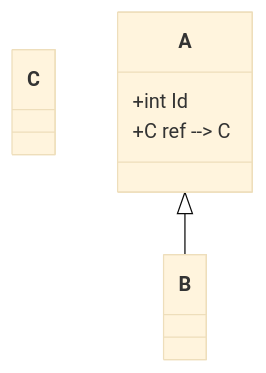
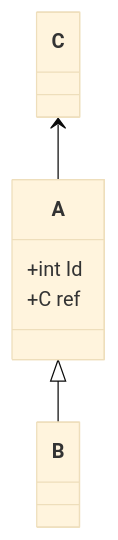
The diagram in README.md (M5alil/mermaid), drawn with Mermaid (base theme) before and after one commit.

````diff
--- a/README.md
+++ b/README.md
@@ -2,10 +2,10 @@
 ``` mermaid 
 classDiagram
   class C 
   class A {
     +int Id
-    +C ref --> C
+    +C ref 
   }
   A <|-- B
-  
+  C <-- A
 ```
````
